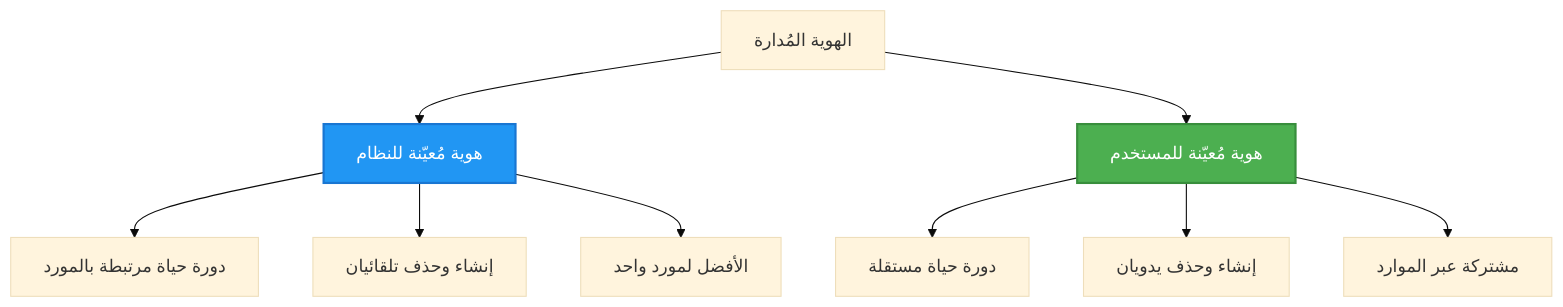
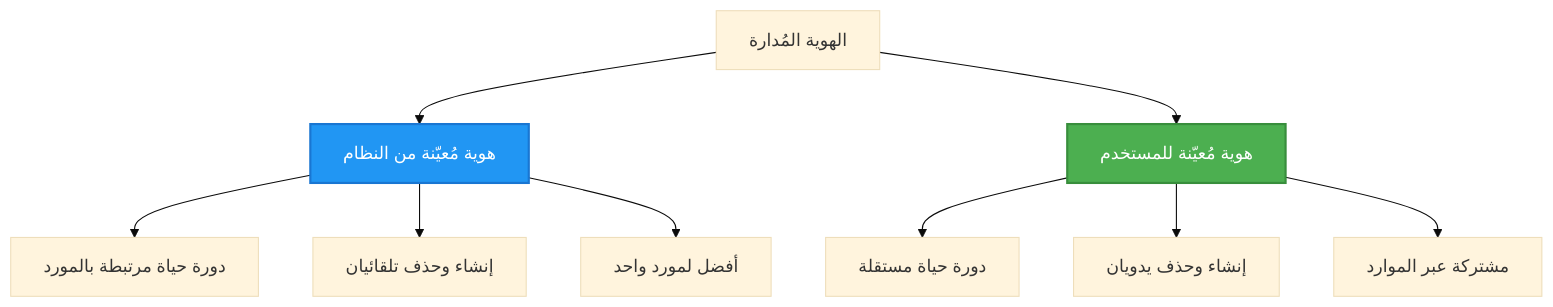
The second of 2 diagrams in translations/ar/docs/chapter-03-configuration/authsecurity.md (microsoft/AZD-for-beginners), drawn with Mermaid (base theme) before and after one commit. The commit also changed other lines of this file and 101 other files, not shown here.

````diff
--- a/translations/ar/docs/chapter-03-configuration/authsecurity.md
+++ b/translations/ar/docs/chapter-03-configuration/authsecurity.md
@@ -97,20 +97,20 @@
 ```mermaid
 graph TB
     MI[الهوية المُدارة]
-    SystemAssigned[هوية مُعيّنة للنظام]
+    SystemAssigned[هوية مُعيّنة من النظام]
     UserAssigned[هوية مُعيّنة للمستخدم]
     
     MI --> SystemAssigned
     MI --> UserAssigned
     
     SystemAssigned --> SA1[دورة حياة مرتبطة بالمورد]
     SystemAssigned --> SA2[إنشاء وحذف تلقائيان]
-    SystemAssigned --> SA3[الأفضل لمورد واحد]
+    SystemAssigned --> SA3[أفضل لمورد واحد]
     
     UserAssigned --> UA1[دورة حياة مستقلة]
     UserAssigned --> UA2[إنشاء وحذف يدويان]
     UserAssigned --> UA3[مشتركة عبر الموارد]
     
     style SystemAssigned fill:#2196F3,stroke:#1976D2,stroke-width:2px,color:#fff
     style UserAssigned fill:#4CAF50,stroke:#388E3C,stroke-width:2px,color:#fff
 ```
````
